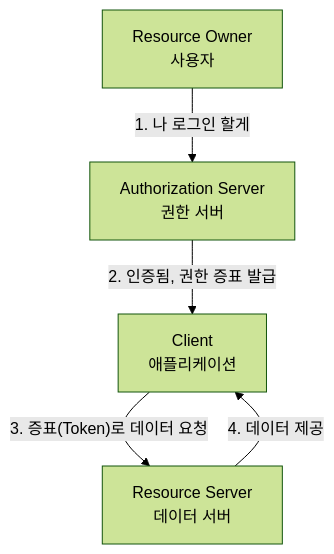
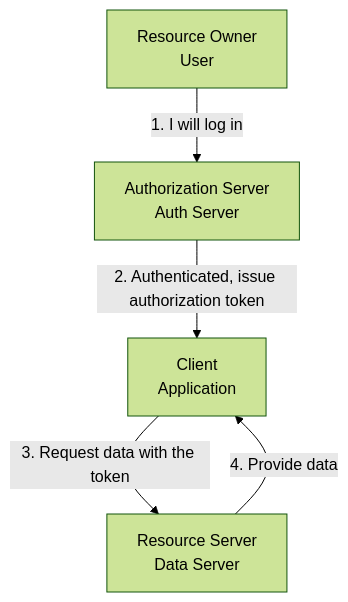
One commit to jeonck/k8s-adv changed the diagram in content/security/05-advanced/36-oauth2-fundamentals.md. Above: the diagram before and after it, drawn with Mermaid (forest theme). The commit also changed other lines of this file and 223 other files, not shown here.

````diff
--- a/content/security/05-advanced/36-oauth2-fundamentals.md
+++ b/content/security/05-advanced/36-oauth2-fundamentals.md
@@ -34,12 +34,12 @@
 ```mermaid
 graph TD
-    User[Resource Owner<br/>사용자]
-    Client[Client<br/>애플리케이션]
-    AuthServer[Authorization Server<br/>권한 서버]
-    ResServer[Resource Server<br/>데이터 서버]
+    User[Resource Owner<br/>User]
+    Client[Client<br/>Application]
+    AuthServer[Authorization Server<br/>Auth Server]
+    ResServer[Resource Server<br/>Data Server]
 
-    User -- "1. 나 로그인 할게" --> AuthServer
-    AuthServer -- "2. 인증됨, 권한 증표 발급" --> Client
-    Client -- "3. 증표(Token)로 데이터 요청" --> ResServer
-    ResServer -- "4. 데이터 제공" --> Client
+    User -- "1. I will log in" --> AuthServer
+    AuthServer -- "2. Authenticated, issue authorization token" --> Client
+    Client -- "3. Request data with the token" --> ResServer
+    ResServer -- "4. Provide data" --> Client
 ```
````
